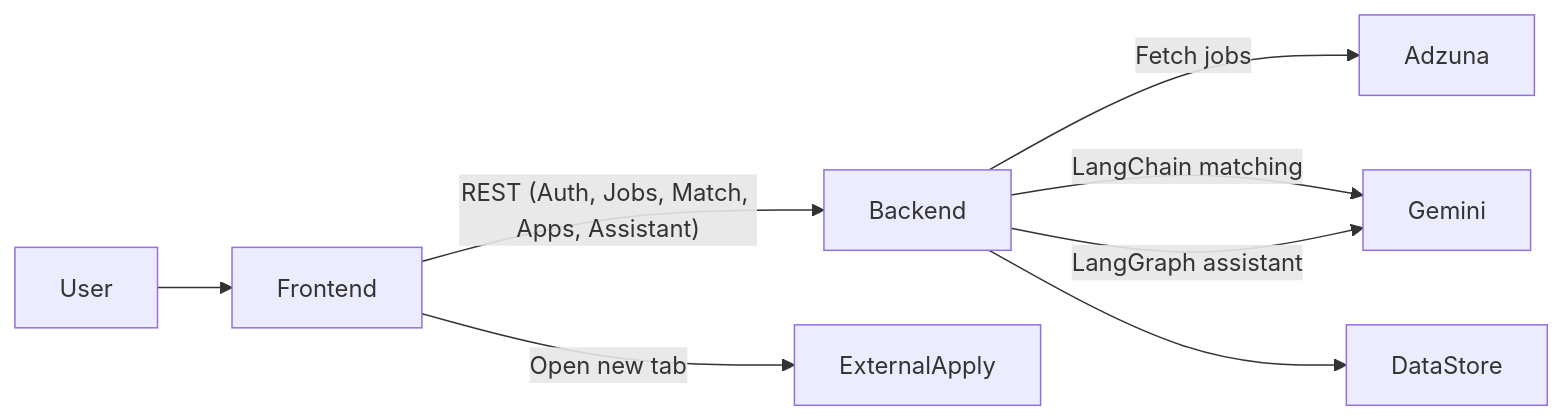
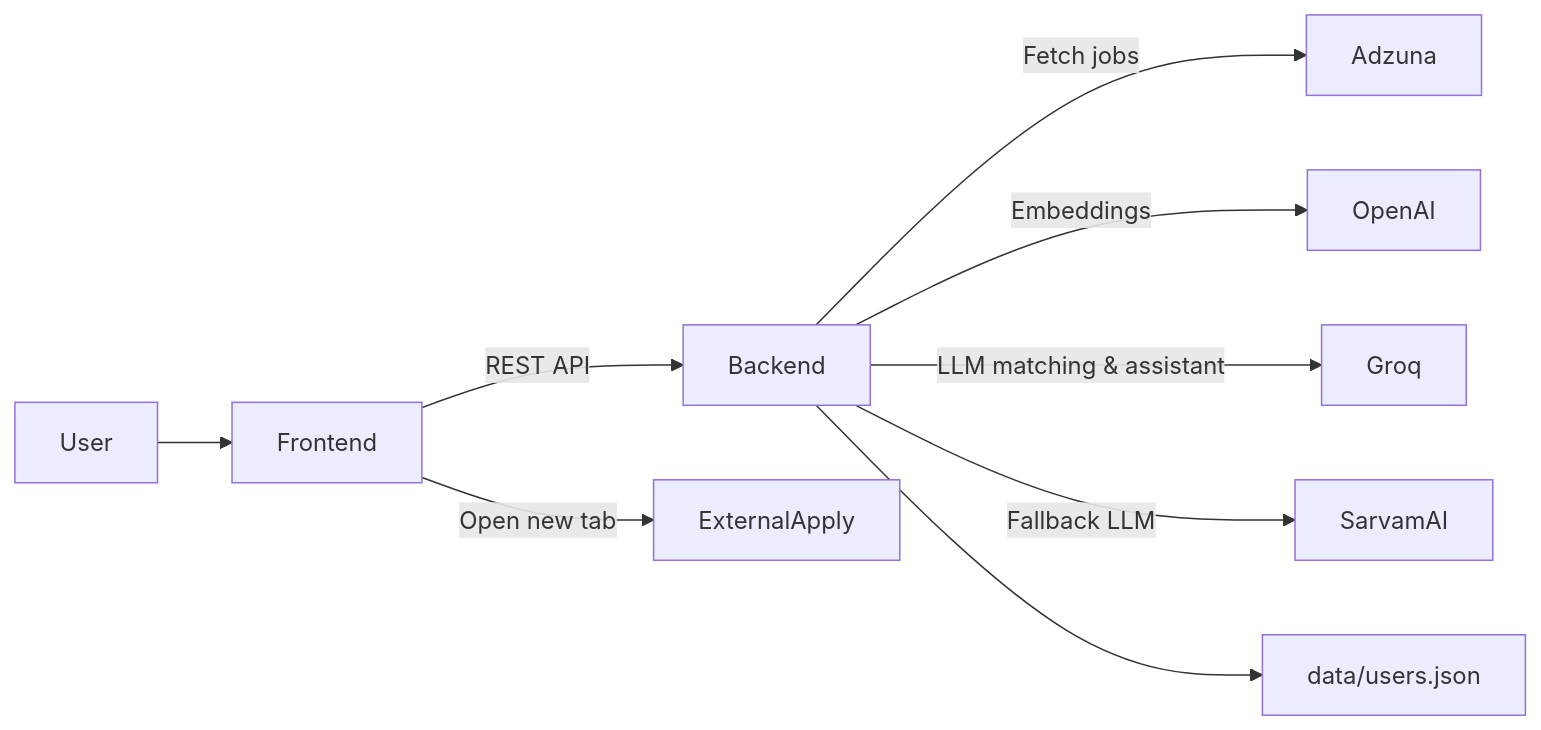
The first of 2 diagrams in README.md (kushwanthsatyasai/AI_Job_Finder), drawn with Mermaid before and after one commit. The commit also changed other lines of this file and 9 other files, not shown here.

````diff
--- a/README.md
+++ b/README.md
@@ -12,10 +12,11 @@
 ```mermaid
 flowchart LR
   User --> Frontend
-  Frontend -->|"REST (Auth, Jobs, Match, Apps, Assistant)"| Backend
+  Frontend -->|"REST API"| Backend
   Backend -->|"Fetch jobs"| Adzuna
-  Backend -->|"LangChain matching"| Gemini
-  Backend -->|"LangGraph assistant"| Gemini
-  Backend --> DataStore
+  Backend -->|"Embeddings"| OpenAI
+  Backend -->|"LLM matching & assistant"| Groq
+  Backend -->|"Fallback LLM"| SarvamAI
+  Backend --> DataStore["data/users.json"]
   Frontend -->|"Open new tab"| ExternalApply
 ```
````
